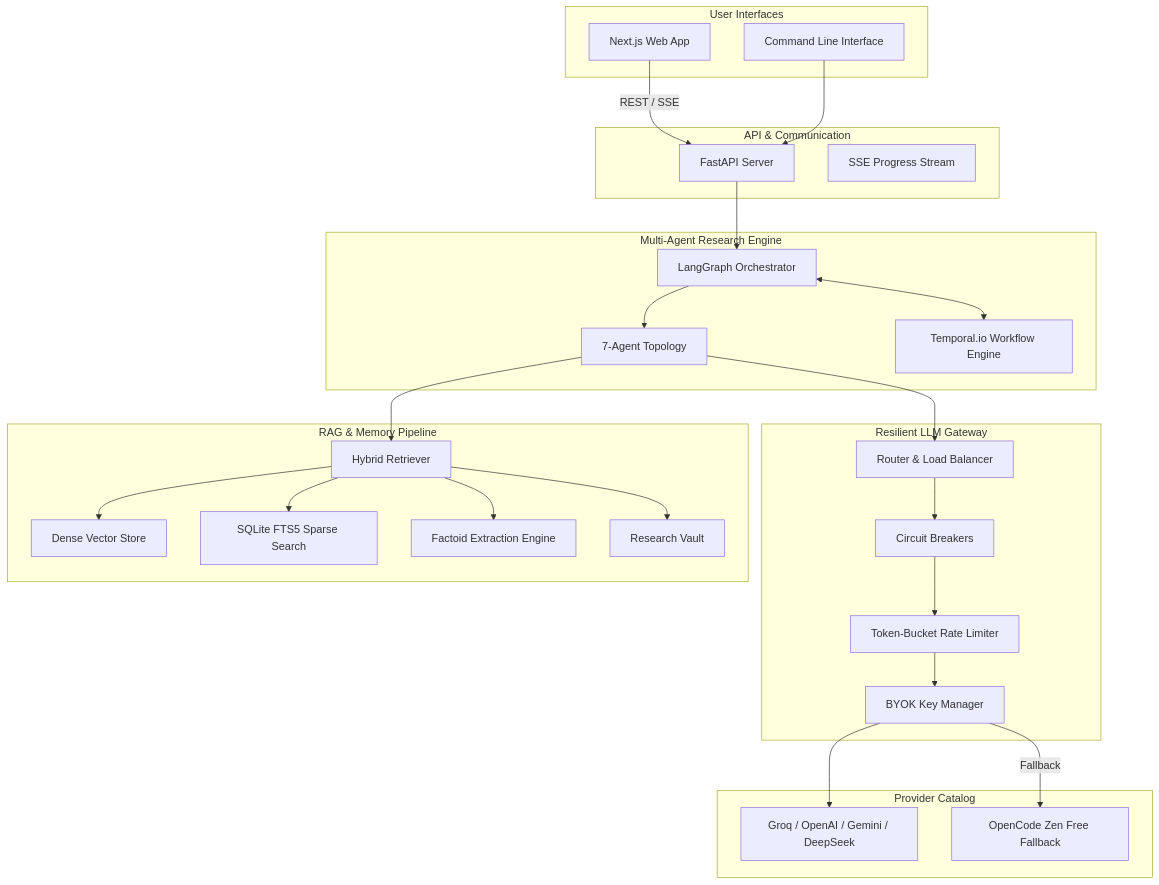
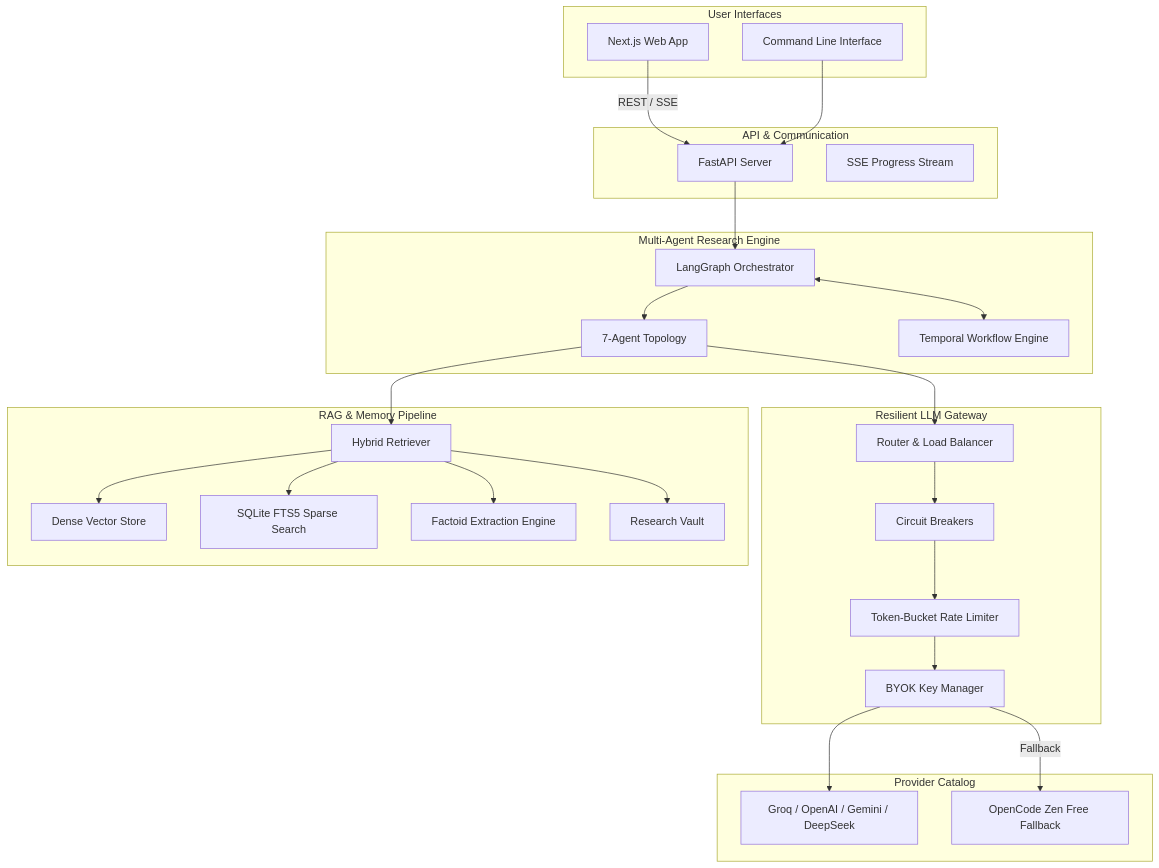
Before and after one commit to sarv-projects/Autonomous-Research-Agent: the first of 2 diagrams in README.md, drawn with Mermaid. The commit also changed other lines of this file and 4 other files, not shown here.

````diff
--- a/README.md
+++ b/README.md
@@ -134,53 +131,53 @@
 ```mermaid
 graph TB
     subgraph Clients[" User Interfaces "]
         UI[Next.js Web App]
         CLI[Command Line Interface]
     end
 
     subgraph API_Layer[" API & Communication "]
         API[FastAPI Server]
         SSE[SSE Progress Stream]
     end
 
     subgraph Core_Engine[" Multi-Agent Research Engine "]
         Graph[LangGraph Orchestrator]
         Agents[7-Agent Topology]
-        Temporal[Temporal.io Workflow Engine]
+        Temporal[Temporal Workflow Engine]
     end
 
     subgraph Resiliency[" Resilient LLM Gateway "]
         Gateway[Router & Load Balancer]
         Circuit[Circuit Breakers]
         RateLimit[Token-Bucket Rate Limiter]
         Keys[BYOK Key Manager]
     end
 
     subgraph Knowledge[" RAG & Memory Pipeline "]
         Hybrid[Hybrid Retriever]
         Dense[Dense Vector Store]
         FTS[SQLite FTS5 Sparse Search]
         Factoid[Factoid Extraction Engine]
         Vault[Research Vault]
     end
 
     subgraph Providers[" Provider Catalog "]
         Paid[Groq / OpenAI / Gemini / DeepSeek]
         Free[OpenCode Zen Free Fallback]
     end
 
     UI -->|REST / SSE| API
     CLI --> API
     API --> Graph
     Graph --> Agents
     Graph <--> Temporal
     Agents --> Gateway
     Gateway --> Circuit --> RateLimit --> Keys
     Keys --> Paid
     Keys -->|Fallback| Free
     Agents --> Hybrid
     Hybrid --> Dense
     Hybrid --> FTS
     Hybrid --> Factoid
     Hybrid --> Vault
 ```
````
